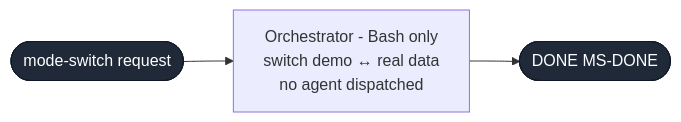
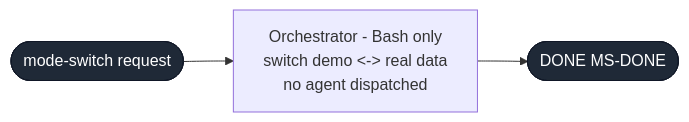
The fifth of 10 diagrams in docs/agents-diagram.md (marmelab/crm-builder), drawn with Mermaid before and after one commit. The commit also changed other lines of this file, not shown here.

Commit message:
Second pass diagram

````diff
--- a/docs/agents-diagram.md
+++ b/docs/agents-diagram.md
@@ -139,9 +135,9 @@
 ```mermaid
 flowchart LR
  
     classDef terminal fill:#1F2937,stroke:#111827,color:#fff
 
     START([mode-switch request]):::terminal
- START --> BASH["Orchestrator - Bash only\nswitch demo ↔ real data\nno agent dispatched"]
+ START --> BASH["Orchestrator - Bash only\nswitch demo <-> real data\nno agent dispatched"]
  BASH --> DONE(["DONE MS-DONE"]):::terminal
 ```
````
